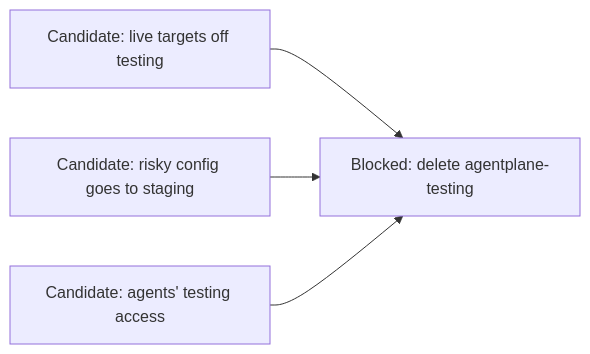
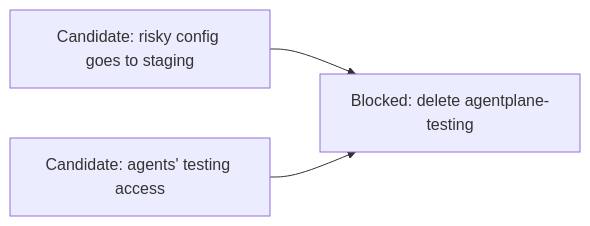
Before and after one commit to agentydragon-agent/ducktape: diagram 18 of 19 in agentplane/plans/task_dag.md, drawn with Mermaid. The commit also changed other lines of this file and 15 other files, not shown here.

First line of the commit message:
agentplane: no system test targets agentplane-testing

````diff
--- a/agentplane/plans/task_dag.md
+++ b/agentplane/plans/task_dag.md
@@ -1931,10 +1930,8 @@
 ```mermaid
 flowchart LR
-    LIVE_TARGETS_OFF_TESTING[Candidate: live targets off testing]
     STAGING_FIRST_ROLLOUT[Candidate: risky config goes to staging]
     AGENT_TESTING_ACCESS_RETIRE[Candidate: agents' testing access]
     TESTING_ENVIRONMENT_RETIRE[Blocked: delete agentplane-testing]
-    LIVE_TARGETS_OFF_TESTING --> TESTING_ENVIRONMENT_RETIRE
     STAGING_FIRST_ROLLOUT --> TESTING_ENVIRONMENT_RETIRE
     AGENT_TESTING_ACCESS_RETIRE --> TESTING_ENVIRONMENT_RETIRE
 ```
````
